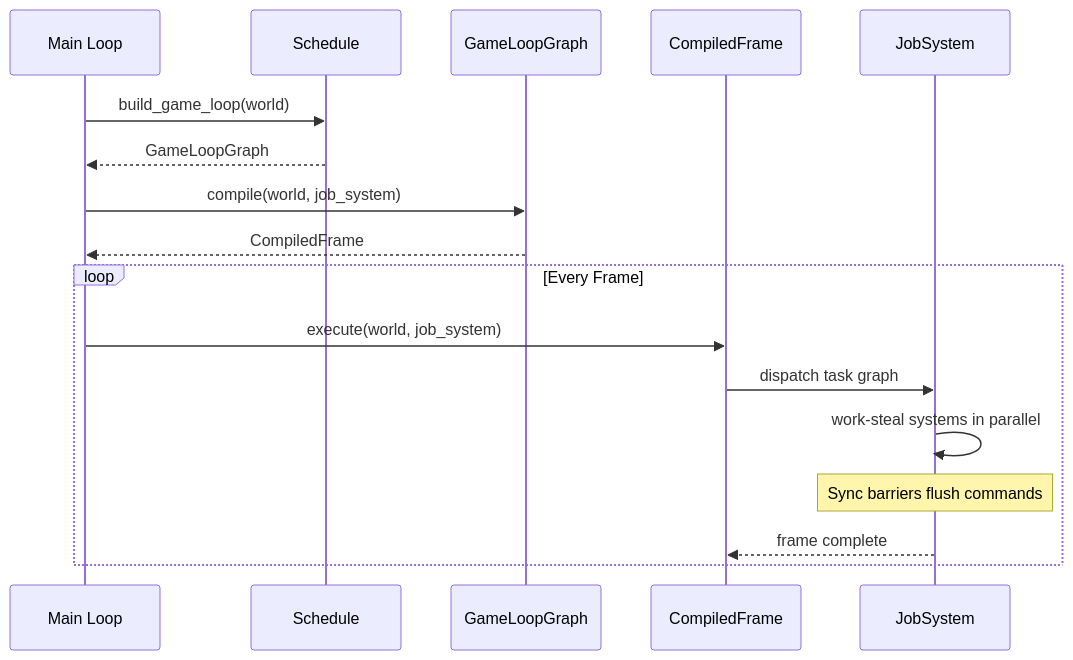
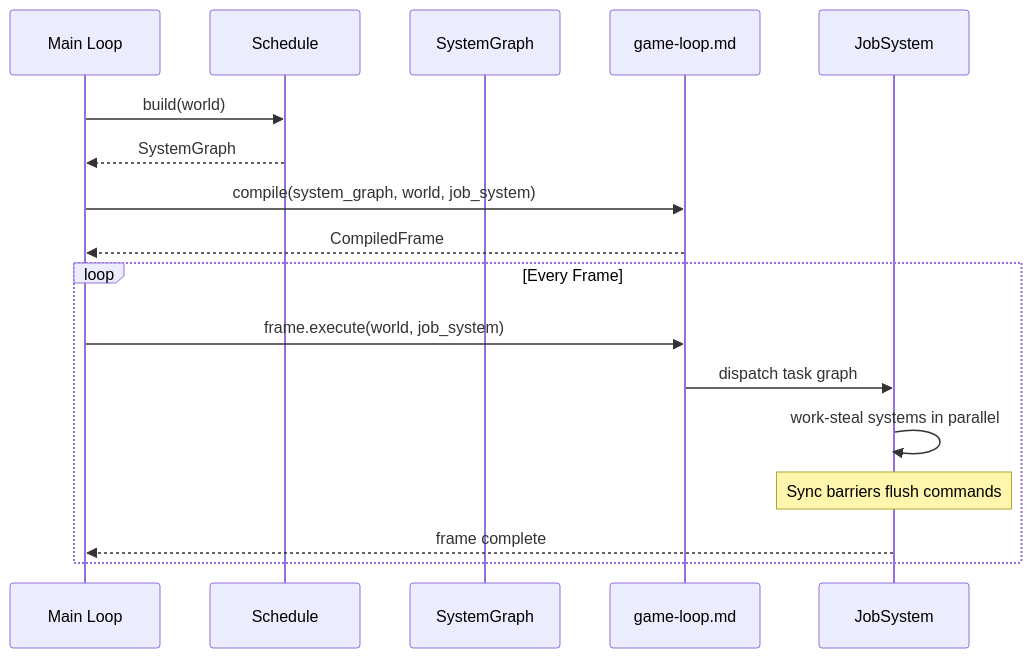
Before and after one commit to harmonius-dev/harmonius: the ninth of 9 diagrams in docs/design/core-runtime/ecs.md, drawn with Mermaid. The commit also changed other lines of this file and 143 other files, not shown here.

````diff
--- a/docs/design/core-runtime/ecs.md
+++ b/docs/design/core-runtime/ecs.md
@@ -2707,22 +2743,22 @@
 ```mermaid
 sequenceDiagram
     participant ML as Main Loop
     participant SC as Schedule
-    participant GLG as GameLoopGraph
-    participant CF as CompiledFrame
+    participant SG as SystemGraph
+    participant GL as game-loop.md
     participant JS as JobSystem
 
-    ML->>SC: build_game_loop(world)
-    SC-->>ML: GameLoopGraph
+    ML->>SC: build(world)
+    SC-->>ML: SystemGraph
 
-    ML->>GLG: compile(world, job_system)
-    GLG-->>ML: CompiledFrame
+    ML->>GL: compile(system_graph, world, job_system)
+    GL-->>ML: CompiledFrame
 
     loop Every Frame
-        ML->>CF: execute(world, job_system)
-        CF->>JS: dispatch task graph
+        ML->>GL: frame.execute(world, job_system)
+        GL->>JS: dispatch task graph
         JS->>JS: work-steal systems in parallel
         Note over JS: Sync barriers flush commands
-        JS-->>CF: frame complete
+        JS-->>ML: frame complete
     end
 ```
````
